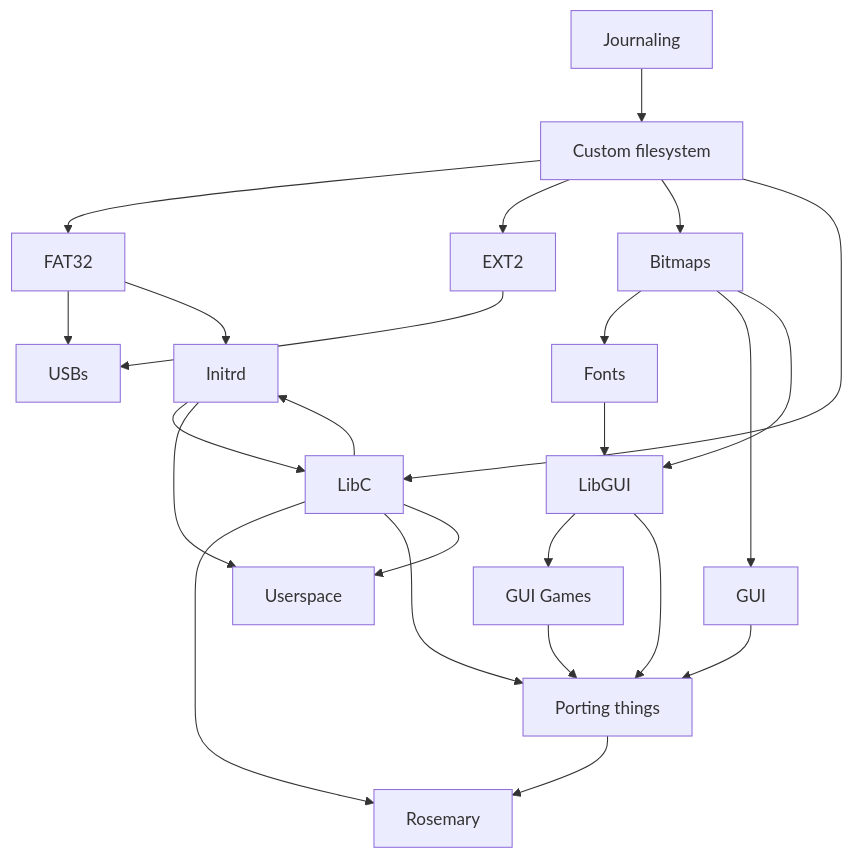
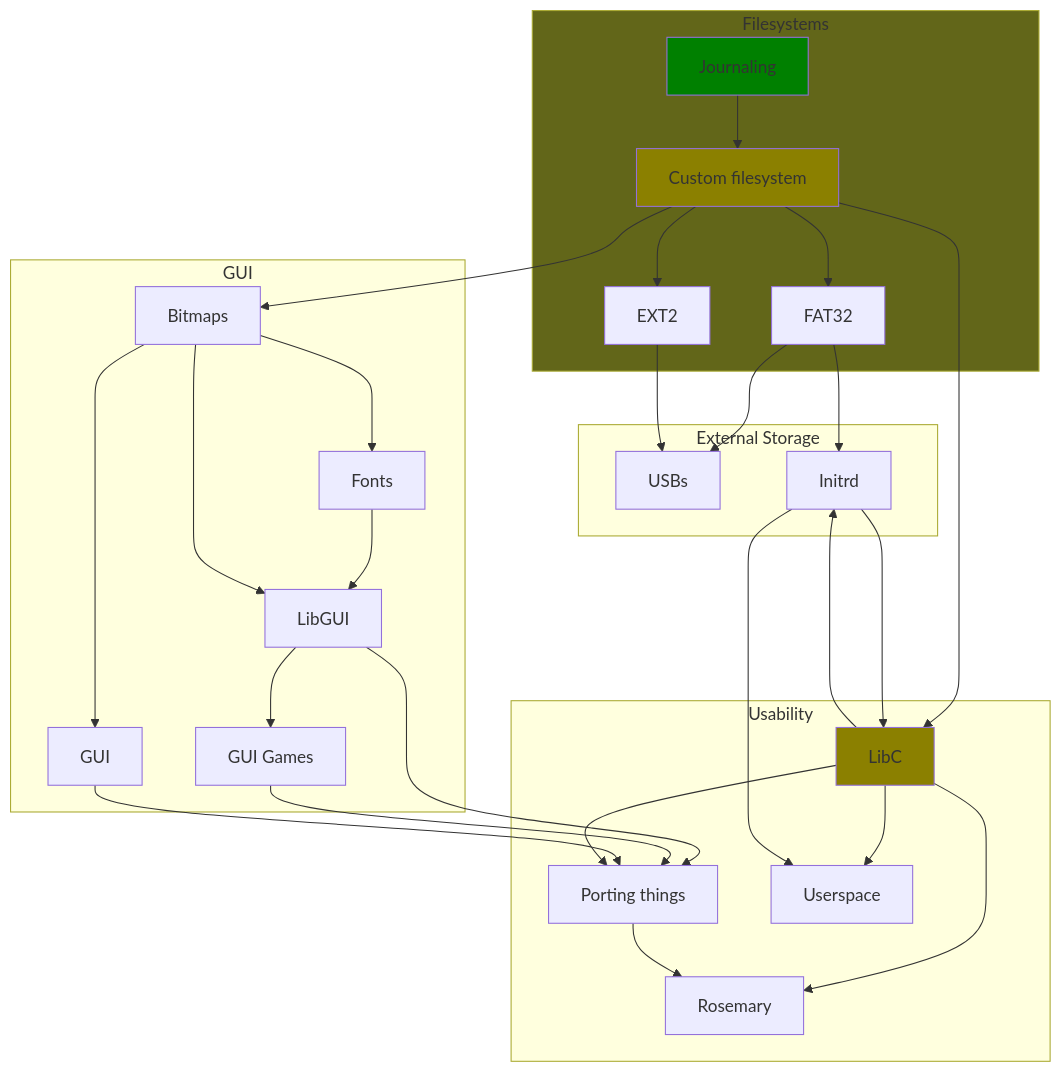
Before and after one commit to spartanproj/os: the diagram in README.md, drawn with Mermaid.

````diff
--- a/README.md
+++ b/README.md
@@ -35,54 +35,43 @@
 ```mermaid
-
 graph TD
-
+subgraph Filesystems
 A[Journaling];
-
 B-->C[FAT32];
-
 B-->D[EXT2];
-
 A-->B[Custom filesystem];
-
+end
+subgraph GUI
 E[Bitmaps];
-
 F[Fonts];
-
 B-->E;
-
 E-->F;
-
 E-->G[GUI];
-
 F-->I;
-
 I-->H[GUI Games];
-
 E-->I[LibGUI];
-
+end
+subgraph Usability
 I-->J[Porting things];
-
 H-->J;
-
 G-->J;
-
 B-->L[LibC];
 L-->Q[Rosemary];
 J-->Q;
+L-->P[Userspace];
+end
 L-->J;
-
+subgraph External Storage
 C-->M[USBs];
-
 D-->M;
 
-L-->P[Userspace];
-
 C-->O[Initrd];
-
 O-->L;
-
 L-->O;
-
 O-->P;
 
+end
+style A fill:green;
+style L fill:#8B8000;
+style B fill:#8B8000;
+style Filesystems fill:#626619
 ```
````
